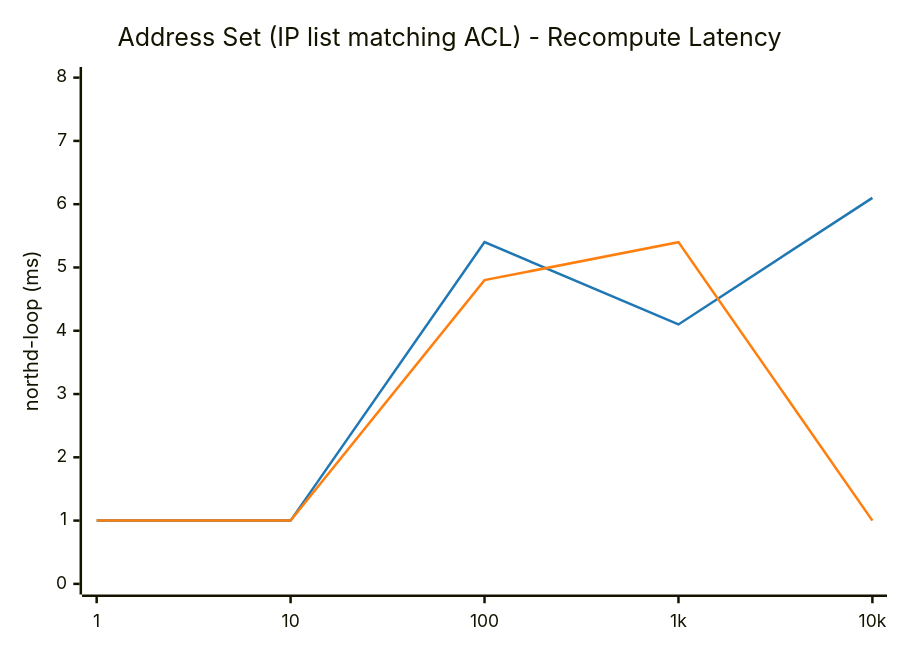
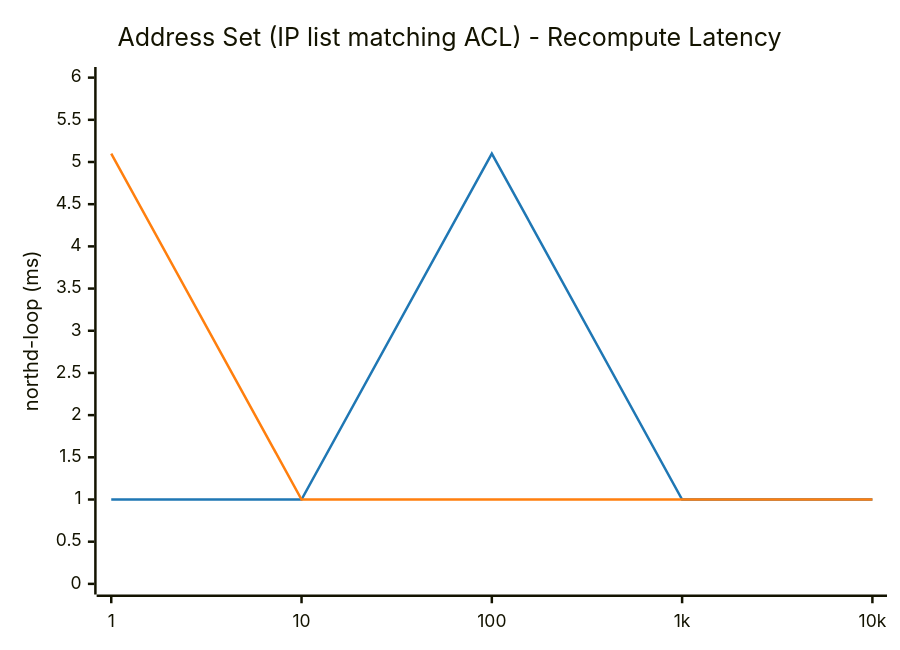
The fifth of 16 diagrams in results/BENCHMARK_REPORT.md (LionelJouin/ovs-ovn-bench), drawn with Mermaid before and after one commit. The commit also changed other lines of this file and 1 other file, not shown here.

````diff
--- a/results/BENCHMARK_REPORT.md
+++ b/results/BENCHMARK_REPORT.md
@@ -271,14 +271,14 @@
 ```mermaid
 ---
 config:
     themeVariables:
         xyChart:
             plotColorPalette: "#1f77b4, #ff7f0e"
 ---
 xychart-beta
     title "Address Set (IP list matching ACL) - Recompute Latency"
     x-axis ["1", "10", "100", "1k", "10k"]
-    y-axis "northd-loop (ms)" 0 --> 8
-    line "glibc malloc" [1.0, 1.0, 5.4, 4.1, 6.1]
-    line "jemalloc" [1.0, 1.0, 4.8, 5.4, 1.0]
+    y-axis "northd-loop (ms)" 0 --> 6
+    line "glibc malloc" [1.0, 1.0, 5.1, 1.0, 1.0]
+    line "jemalloc" [5.1, 1.0, 1.0, 1.0, 1.0]
 ```
````
